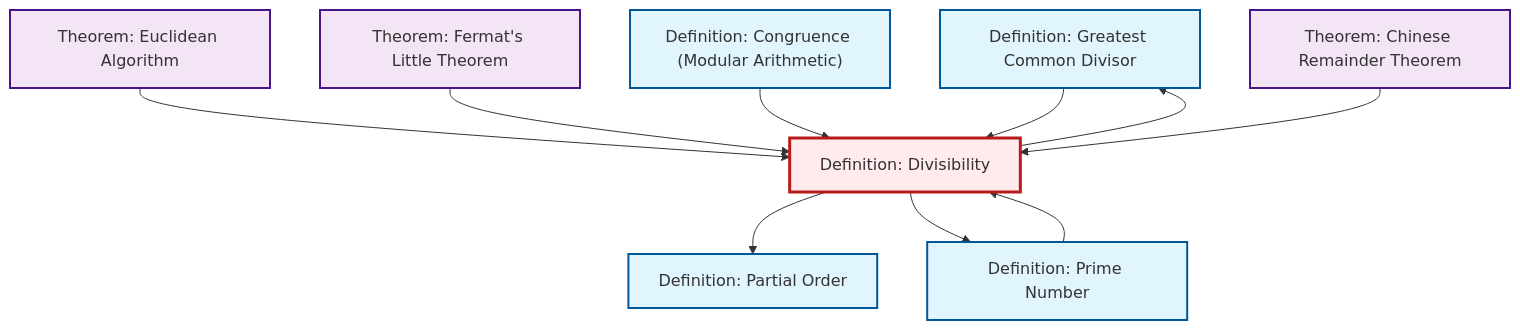
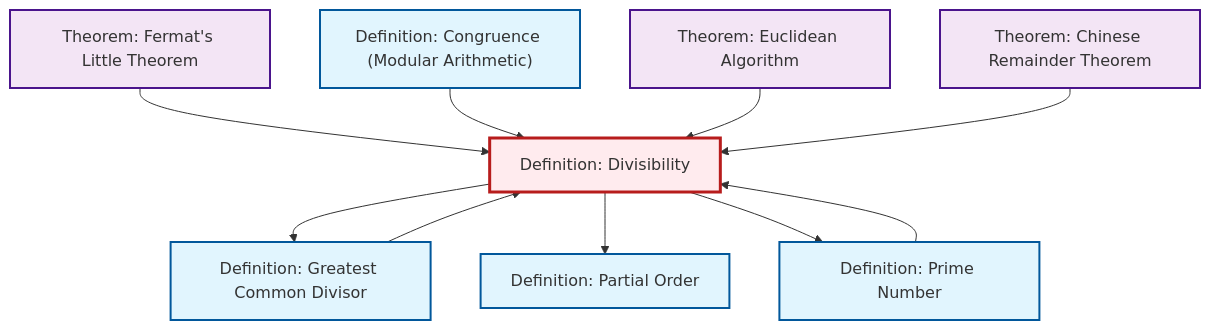
One commit to RK0429/ModernMath changed the diagram in content/ja/number-theory/def-divisibility.qmd. Above: the diagram before and after it, drawn with Mermaid. The commit also changed other lines of this file and 619 other files, not shown here.

````diff
--- a/content/ja/number-theory/def-divisibility.qmd
+++ b/content/ja/number-theory/def-divisibility.qmd
@@ -98,34 +98,34 @@
 ```{mermaid}
 %%| fig-cap: "Local dependency graph"
 graph TD
     classDef definition fill:#e1f5fe,stroke:#01579b,stroke-width:2px
     classDef theorem fill:#f3e5f5,stroke:#4a148c,stroke-width:2px
     classDef axiom fill:#fff3e0,stroke:#e65100,stroke-width:2px
     classDef example fill:#e8f5e9,stroke:#1b5e20,stroke-width:2px
     classDef current fill:#ffebee,stroke:#b71c1c,stroke-width:3px
-    def-partial-order["Definition: Partial Order"]:::definition
+    def-divisibility["Definition: Divisibility"]:::definition
     def-gcd["Definition: Greatest Common Divisor"]:::definition
     def-congruence["Definition: Congruence (Modular Arithmetic)"]:::definition
+    def-prime["Definition: Prime Number"]:::definition
+    def-partial-order["Definition: Partial Order"]:::definition
+    thm-euclidean-algorithm["Theorem: Euclidean Algorithm"]:::theorem
+    thm-chinese-remainder["Theorem: Chinese Remainder Theorem"]:::theorem
     thm-fermat-little["Theorem: Fermat's Little Theorem"]:::theorem
-    thm-chinese-remainder["Theorem: Chinese Remainder Theorem"]:::theorem
-    thm-euclidean-algorithm["Theorem: Euclidean Algorithm"]:::theorem
-    def-prime["Definition: Prime Number"]:::definition
-    def-divisibility["Definition: Divisibility"]:::definition
+    def-divisibility --> def-gcd
+    thm-fermat-little --> def-divisibility
+    def-prime --> def-divisibility
     def-divisibility --> def-partial-order
+    def-gcd --> def-divisibility
+    def-congruence --> def-divisibility
     thm-euclidean-algorithm --> def-divisibility
-    thm-fermat-little --> def-divisibility
-    def-divisibility --> def-gcd
-    def-congruence --> def-divisibility
-    def-gcd --> def-divisibility
     def-divisibility --> def-prime
-    def-prime --> def-divisibility
     thm-chinese-remainder --> def-divisibility
     class def-divisibility current
-    click def-partial-order "def-partial-order.html" "Definition: Partial Orderへ"
     click def-gcd "def-gcd.html" "Definition: Greatest Common Divisorへ"
     click def-congruence "def-congruence.html" "Definition: Congruence (Modular Arithmetic)へ"
+    click def-prime "def-prime.html" "Definition: Prime Numberへ"
+    click def-partial-order "def-partial-order.html" "Definition: Partial Orderへ"
+    click thm-euclidean-algorithm "thm-euclidean-algorithm.html" "Theorem: Euclidean Algorithmへ"
+    click thm-chinese-remainder "thm-chinese-remainder.html" "Theorem: Chinese Remainder Theoremへ"
     click thm-fermat-little "thm-fermat-little.html" "Theorem: Fermat's Little Theoremへ"
-    click thm-chinese-remainder "thm-chinese-remainder.html" "Theorem: Chinese Remainder Theoremへ"
-    click thm-euclidean-algorithm "thm-euclidean-algorithm.html" "Theorem: Euclidean Algorithmへ"
-    click def-prime "def-prime.html" "Definition: Prime Numberへ"
 ```
````
